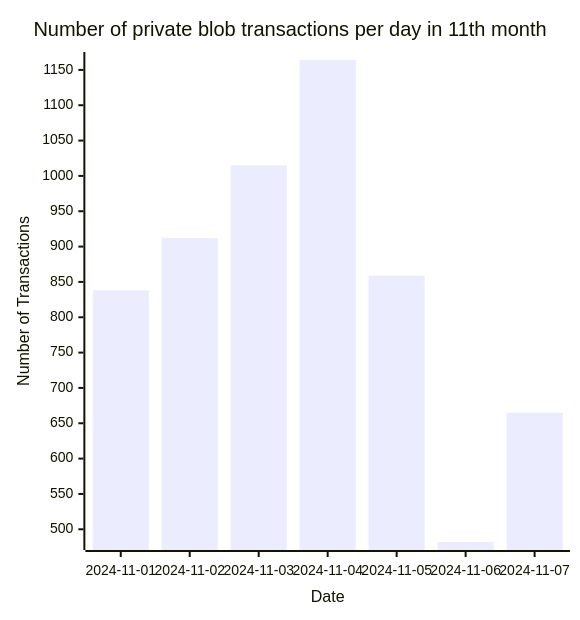
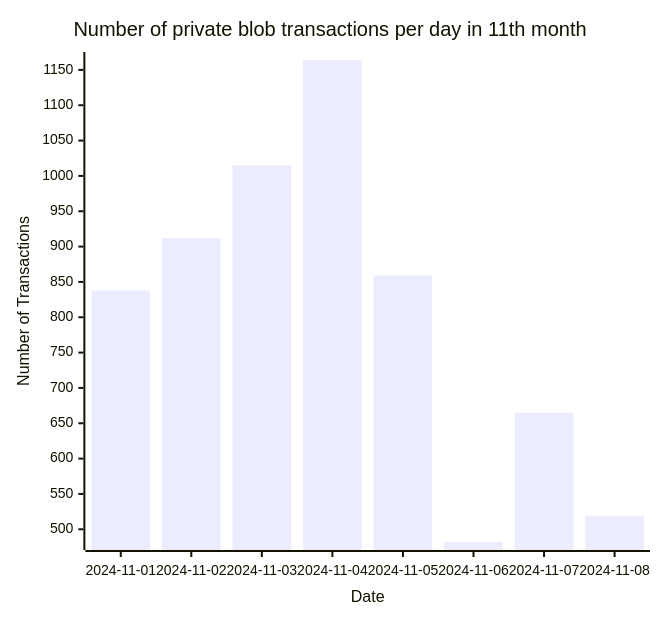
One commit to Amit0617/eip4844-data changed the ninth of 9 diagrams in README.md. Above: the diagram before and after it, drawn with Mermaid. The commit also changed 1 other file, not shown here.

````diff
--- a/README.md
+++ b/README.md
@@ -105,12 +105,12 @@
 ```mermaid
 ---
 config:
     xyChart:
-        width: 560
+        width: 640
         height: 600
 ---
 xychart-beta title "Number of private blob transactions per day in 11th month"
-x-axis "Date" [2024-11-01,2024-11-02,2024-11-03,2024-11-04,2024-11-05,2024-11-06,2024-11-07]
+x-axis "Date" [2024-11-01,2024-11-02,2024-11-03,2024-11-04,2024-11-05,2024-11-06,2024-11-07,2024-11-08]
 y-axis "Number of Transactions"
-bar[838,912,1015,1164,859,482,665]
+bar[838,912,1015,1164,859,482,665,519]
 ```
````
